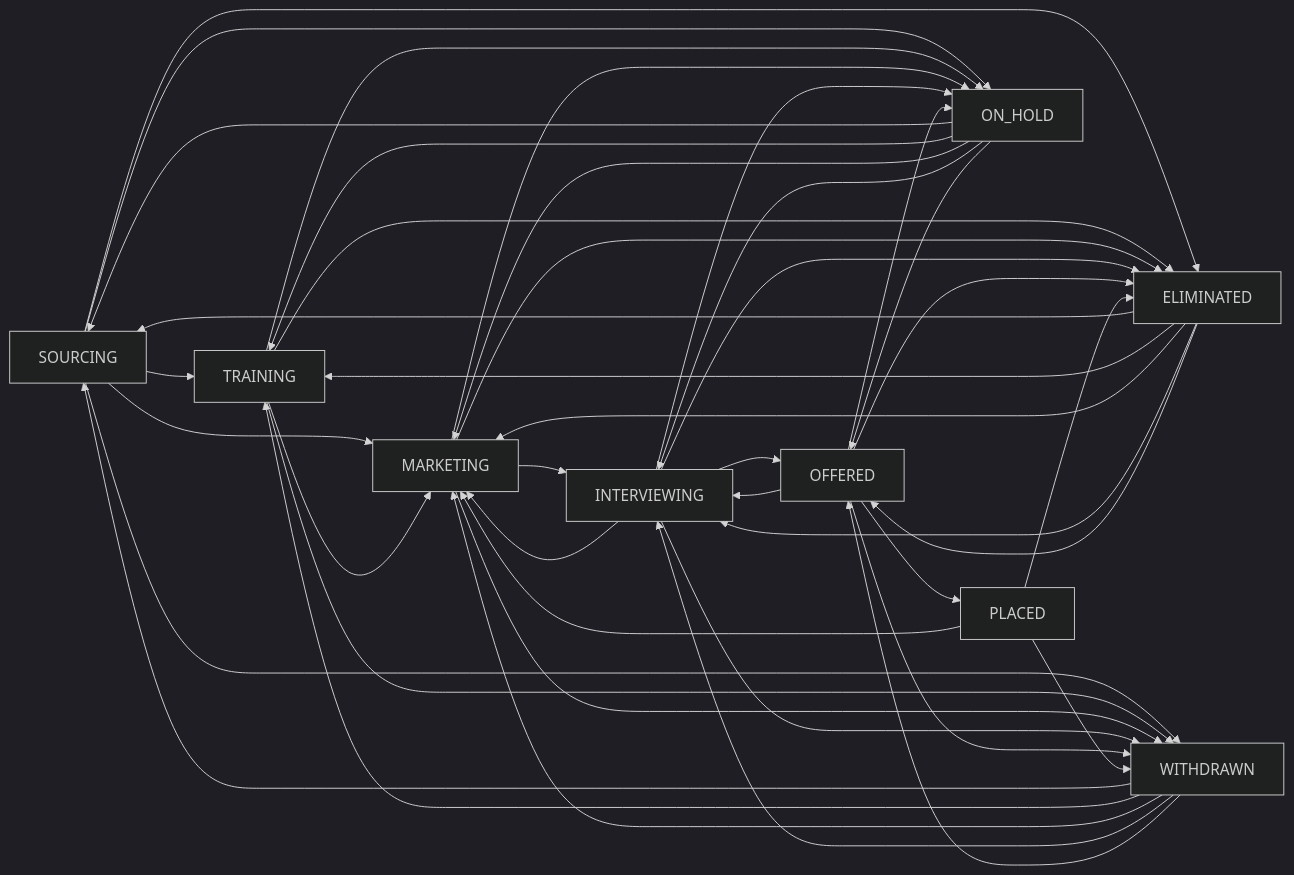
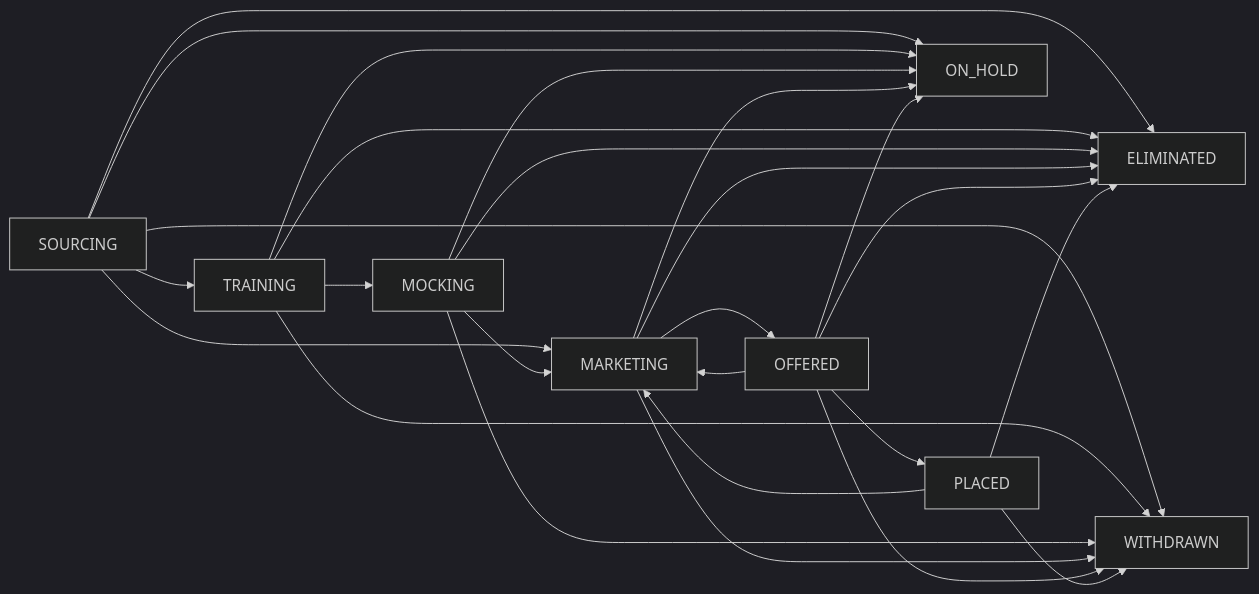
Before and after one commit to B1gO/vic_crm: the diagram in DESIGN-CANDIDATE-LIFECYCLE.md, drawn with Mermaid (dark theme). The commit also changed other lines of this file and 21 other files, not shown here.

````diff
--- a/DESIGN-CANDIDATE-LIFECYCLE.md
+++ b/DESIGN-CANDIDATE-LIFECYCLE.md
@@ -89,50 +84,32 @@
 ```mermaid
 flowchart LR
   A[SOURCING] --> B[TRAINING]
-  A --> C[MARKETING]
-  B --> C
-  C --> D[INTERVIEWING]
+  A --> D[MARKETING]
+  B --> C[MOCKING]
+  C --> D
   D --> E[OFFERED]
   E --> F[PLACED]
 
-  D --> C
   E --> D
-  F --> C
+  F --> D
 
   A --> X[ELIMINATED]
   B --> X
   C --> X
   D --> X
   E --> X
   F --> X
 
   A --> Y[WITHDRAWN]
   B --> Y
   C --> Y
   D --> Y
   E --> Y
   F --> Y
 
   A --> H[ON_HOLD]
   B --> H
   C --> H
   D --> H
   E --> H
-  H --> A
-  H --> B
-  H --> C
-  H --> D
-  H --> E
-
-  X --> A
-  X --> B
-  X --> C
-  X --> D
-  X --> E
-
-  Y --> A
-  Y --> B
-  Y --> C
-  Y --> D
-  Y --> E
 ```
````
